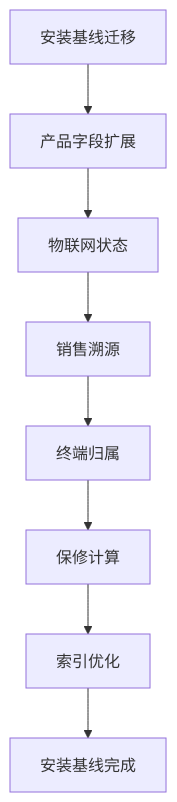
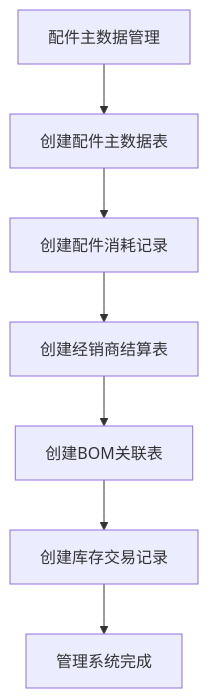
One commit to CubeEdge/Longhorn changed diagram 23 of 31 in .qoder/repowiki/zh/content/数据迁移脚本.md. Above: the diagram before and after it, drawn with Mermaid. The commit also changed other lines of this file and 28 other files, not shown here.

````diff
--- a/.qoder/repowiki/zh/content/数据迁移脚本.md
+++ b/.qoder/repowiki/zh/content/数据迁移脚本.md
@@ -948,10 +1344,9 @@
 ```mermaid
 flowchart TD
-InstalledBase[安装基线迁移] --> ProductFields[产品字段扩展]
-ProductFields --> IoTStatus[物联网状态]
-IoTStatus --> SalesTrace[销售溯源]
-SalesTrace --> Ownership[终端归属]
-Ownership --> Warranty[保修计算]
-Warranty --> IndexOptimization[索引优化]
-IndexOptimization --> Complete[安装基线完成]
+PartsMaster[配件主数据管理] --> CreatePartsMaster[创建配件主数据表]
+CreatePartsMaster --> CreateConsumption[创建配件消耗记录]
+CreateConsumption --> CreateSettlements[创建经销商结算表]
+CreateSettlements --> CreateBOM[创建BOM关联表]
+CreateBOM --> CreateTransactions[创建库存交易记录]
+CreateTransactions --> Complete[管理系统完成]
 ```
````
